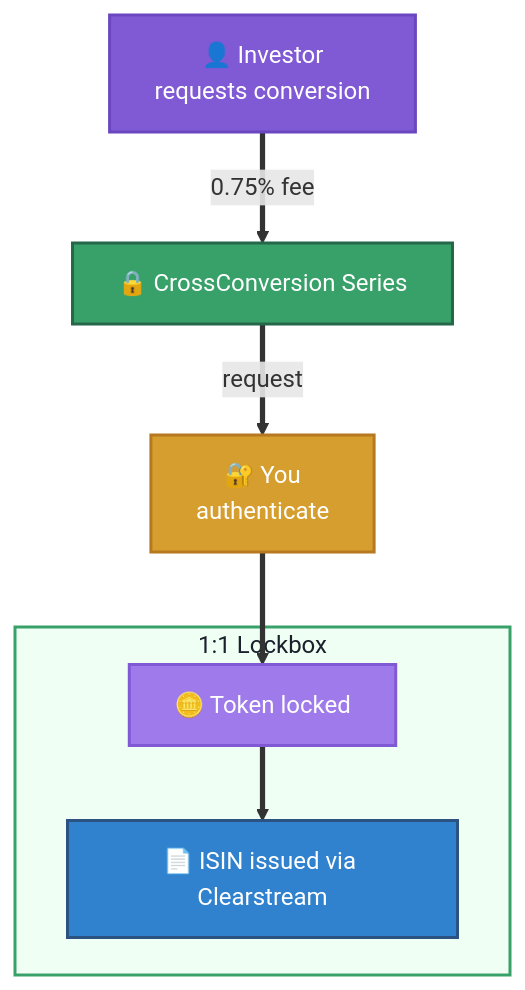
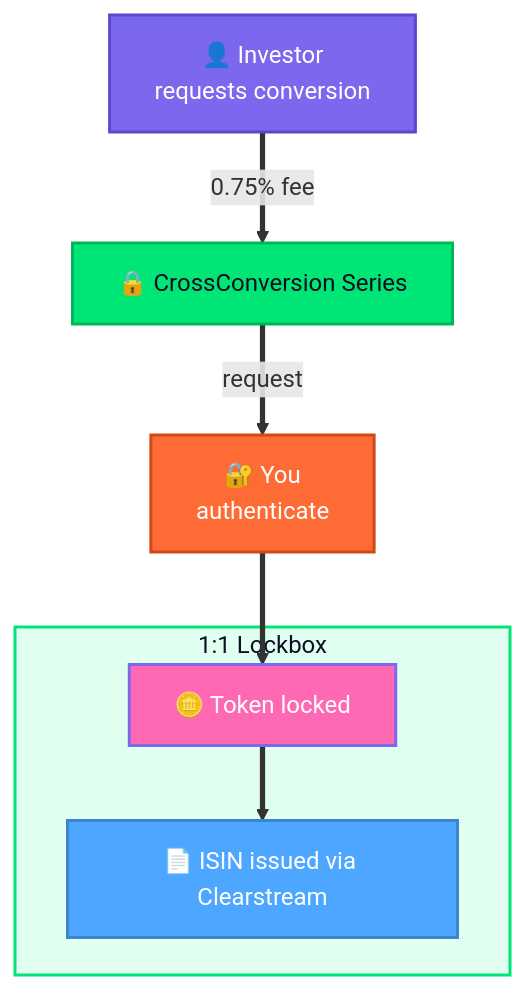
One commit to hrbrlife/sailsto_website changed diagram 15 of 16 in hugo-site/content/_index.fr.md. Above: the diagram before and after it, drawn with Mermaid. The commit also changed other lines of this file and 9 other files, not shown here.

```diff
--- a/hugo-site/content/_index.fr.md
+++ b/hugo-site/content/_index.fr.md
@@ -846,20 +846,20 @@
 <div class="mermaid">
 flowchart TD
     INV["👤 Investor&lt;br/&gt;requests conversion"]
     CCS["🔒 CrossConversion Series"]
     YOU["🔐 You&lt;br/&gt;authenticate"]
     subgraph LOCK["1:1 Lockbox"]
         TOK["🪙 Token locked"]
         ISIN["📄 ISIN issued via Clearstream"]
     end
     INV ==>|"0.75% fee"| CCS
     CCS ==>|"request"| YOU
     YOU ==> TOK
     TOK ==> ISIN
-    style INV fill:#805ad5,color:#fff,stroke:#6b46c1,stroke-width:2px
-    style CCS fill:#38a169,color:#fff,stroke:#276749,stroke-width:2px
-    style YOU fill:#d69e2e,color:#fff,stroke:#b7791f,stroke-width:2px
-    style LOCK fill:#f0fff4,color:#1a202c,stroke:#38a169,stroke-width:2px
-    style TOK fill:#9f7aea,color:#fff,stroke:#805ad5,stroke-width:2px
-    style ISIN fill:#3182ce,color:#fff,stroke:#2c5282,stroke-width:2px
+    style INV fill:#7B68EE,color:#fff,stroke:#5B48CE,stroke-width:2px
+    style CCS fill:#00E676,color:#0F0F23,stroke:#00B656,stroke-width:2px
+    style YOU fill:#FF6B35,color:#fff,stroke:#CF4B15,stroke-width:2px
+    style LOCK fill:#E0FFF0,color:#0F0F23,stroke:#00E676,stroke-width:2px
+    style TOK fill:#FF69B4,color:#fff,stroke:#7B68EE,stroke-width:2px
+    style ISIN fill:#4DA6FF,color:#fff,stroke:#3D86CF,stroke-width:2px
 </div>
```
